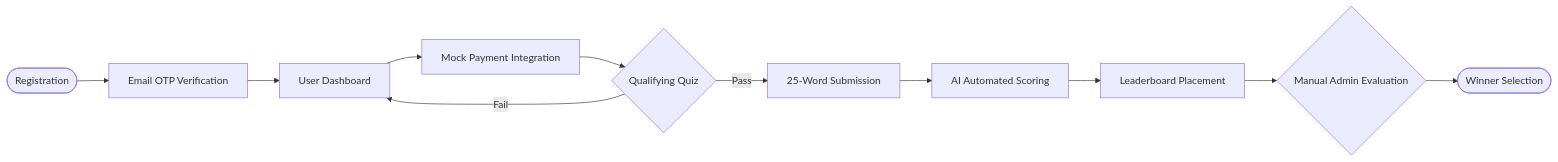
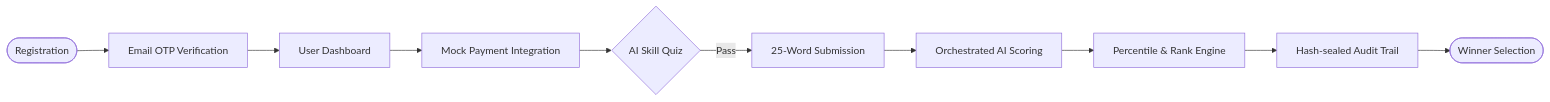
One commit to sreekumarmk-tp/BigSkillChallenge changed the second of 2 diagrams in README.md. Above: the diagram before and after it, drawn with Mermaid. The commit also changed other lines of this file and 34 other files, not shown here.

````diff
--- a/README.md
+++ b/README.md
@@ -95,13 +95,12 @@
 ```mermaid
 graph LR
     Start([Registration]) --> OTP[Email OTP Verification]
     OTP --> Dashboard[User Dashboard]
     Dashboard --> Pay[Mock Payment Integration]
-    Pay --> Quiz{Qualifying Quiz}
-    Quiz -- Fail --> Dashboard
+    Pay --> Quiz{AI Skill Quiz}
     Quiz -- Pass --> Submit[25-Word Submission]
-    Submit --> Scoring[AI Automated Scoring]
-    Scoring --> Leaderboard[Leaderboard Placement]
-    Leaderboard --> AdminEval{Manual Admin Evaluation}
-    AdminEval --> Winner([Winner Selection])
+    Submit --> Scoring[Orchestrated AI Scoring]
+    Scoring --> Rank[Percentile & Rank Engine]
+    Rank --> Audit[Hash-sealed Audit Trail]
+    Audit --> Winner([Winner Selection])
 ```
````
